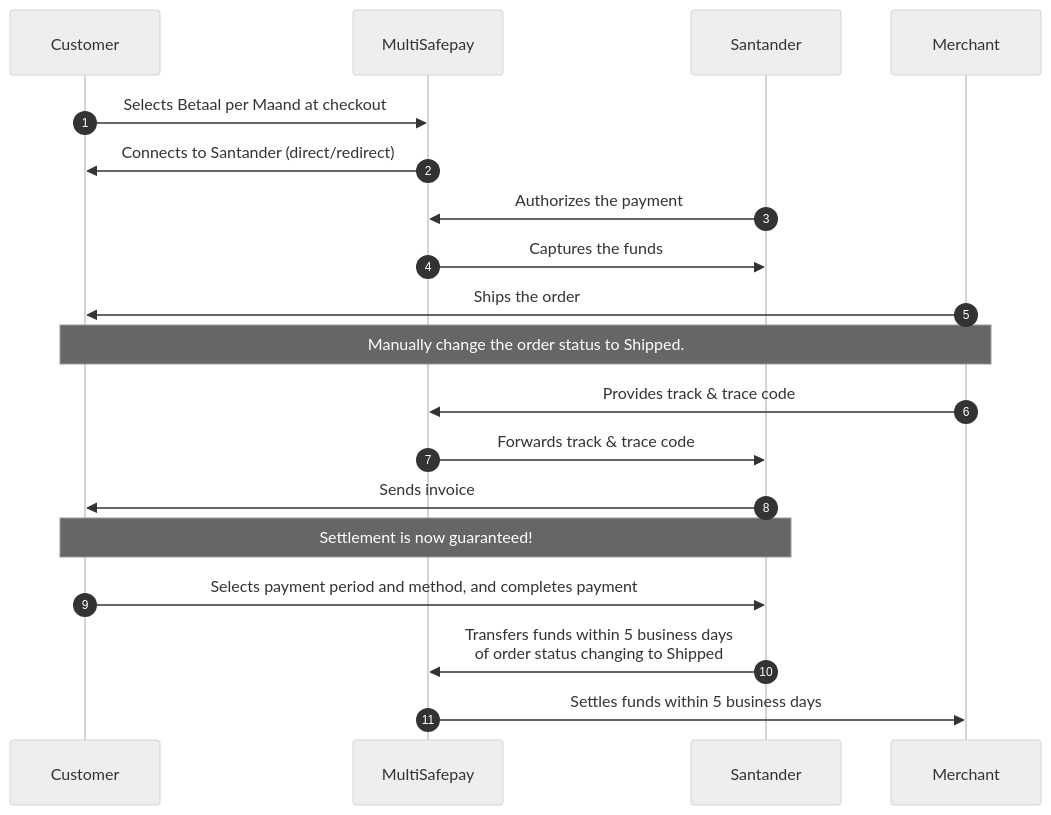
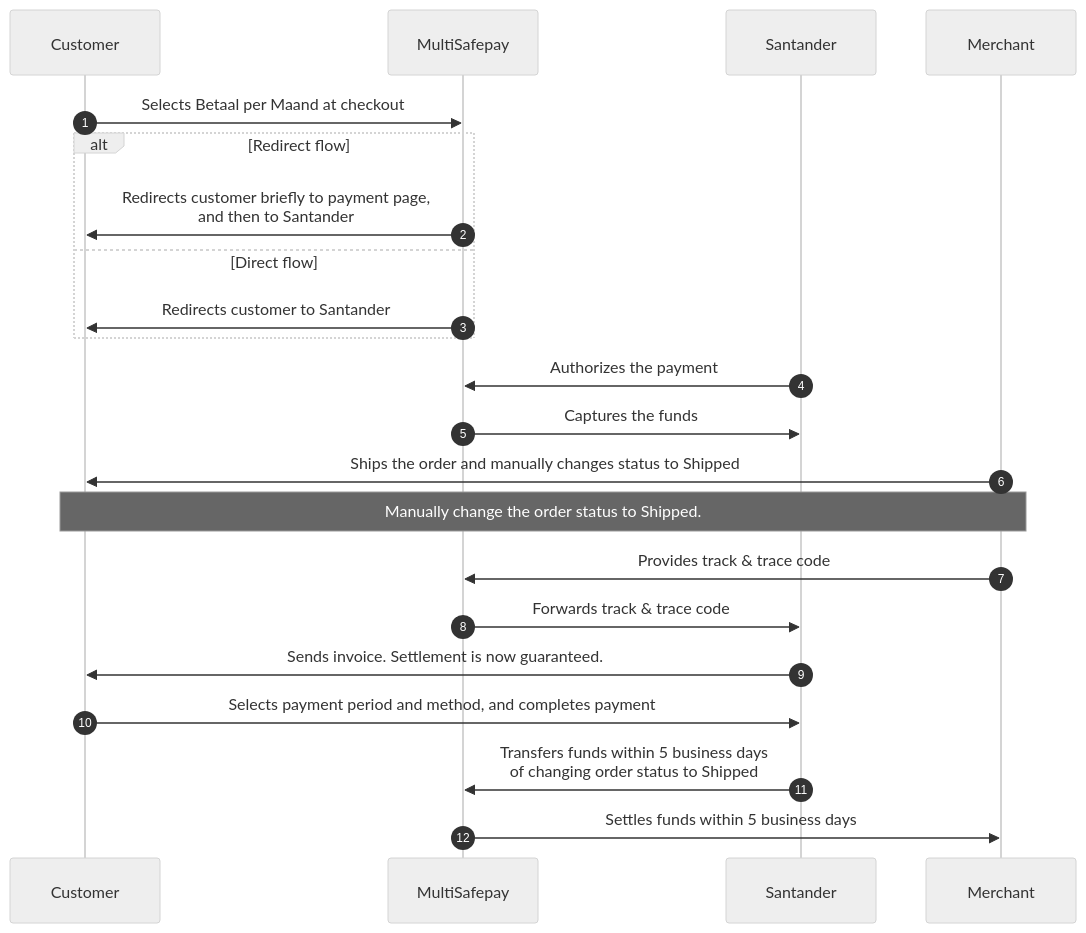
Before and after one commit to MultiSafepay/docs: the diagram in content/payments/methods/pay-later/betaalpermaand/payment-flow.md, drawn with Mermaid (neutral theme). The commit also changed other lines of this file and 34 other files, not shown here.

```diff
--- a/content/payments/methods/pay-later/betaalpermaand/payment-flow.md
+++ b/content/payments/methods/pay-later/betaalpermaand/payment-flow.md
@@ -15,24 +15,27 @@
 {{< mermaid class="text-center" >}}
 
 sequenceDiagram
     autonumber
     participant C as Customer
     participant Mu as MultiSafepay
     participant S as Santander
     participant Me as Merchant
 
     C->>Mu: Selects Betaal per Maand at checkout
-    Mu->>C: Connects to Santander (direct/redirect)
+    alt Redirect flow
+    Mu->>C: Redirects customer briefly to payment page, <br> and then to Santander
+    else Direct flow
+    Mu->>C: Redirects customer to Santander
+    end
     S->>Mu: Authorizes the payment
     Mu->>S: Captures the funds
-    Me->>C: Ships the order
+    Me->>C: Ships the order and manually changes status to Shipped
     Note over Me,C: Manually change the order status to Shipped. 
     Me->>Mu: Provides track & trace code
     Mu->>S: Forwards track & trace code 
-    S->>C: Sends invoice 
-    Note over S,C: Settlement is now guaranteed!
+    S->>C: Sends invoice. Settlement is now guaranteed.
     C->>S: Selects payment period and method, and completes payment 
-    S->>Mu: Transfers funds within 5 business days <br> of order status changing to Shipped
+    S->>Mu: Transfers funds within 5 business days <br> of changing order status to Shipped
     Mu->>Me: Settles funds within 5 business days
 
 {{< /mermaid >}}
```
